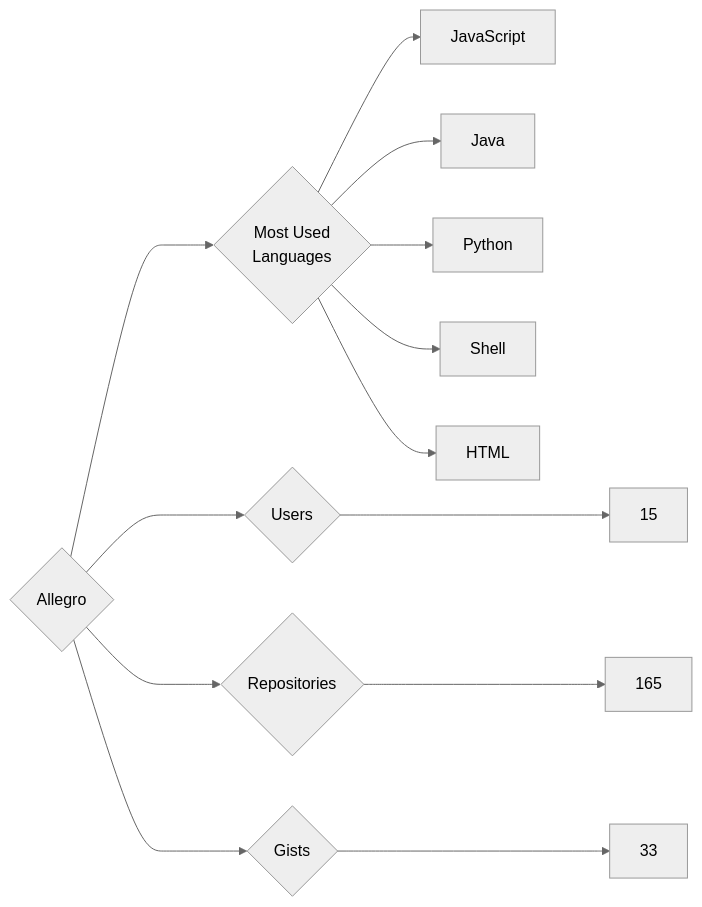
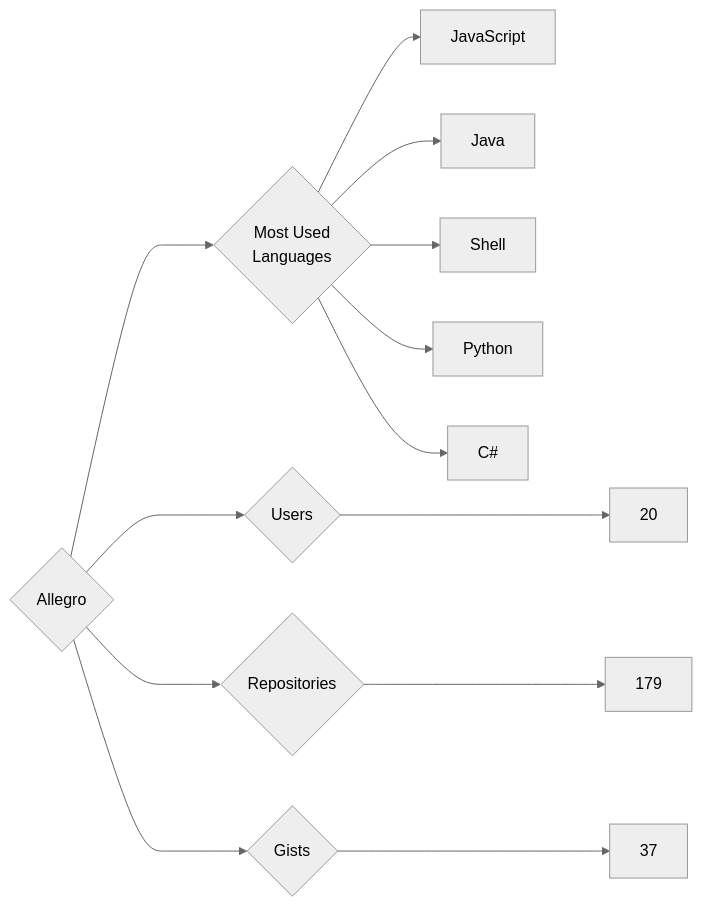
The diagram in targets/Allegro/README.md (trickest/insiders), drawn with Mermaid (neutral theme) before and after one commit. The commit also changed 965 other files, not shown here.

````diff
--- a/targets/Allegro/README.md
+++ b/targets/Allegro/README.md
@@ -3,13 +3,13 @@
 ```mermaid
 graph LR
 COMPANY_NAME{Allegro}
-COMPANY_NAME ---> U{Users} ---> UN[15]
-COMPANY_NAME ---> R{Repositories} ---> RN[165]
-COMPANY_NAME ---> G{Gists} ---> GN[33]
+COMPANY_NAME ---> U{Users} ---> UN[20]
+COMPANY_NAME ---> R{Repositories} ---> RN[179]
+COMPANY_NAME ---> G{Gists} ---> GN[37]
 COMPANY_NAME ---> ML{Most Used<br>Languages}
 ML --> JavaScript[JavaScript]
 ML --> Java[Java]
+ML --> Shell[Shell]
 ML --> Python[Python]
-ML --> Shell[Shell]
-ML --> HTML[HTML]
+ML --> C#[C#]
 ```
````
